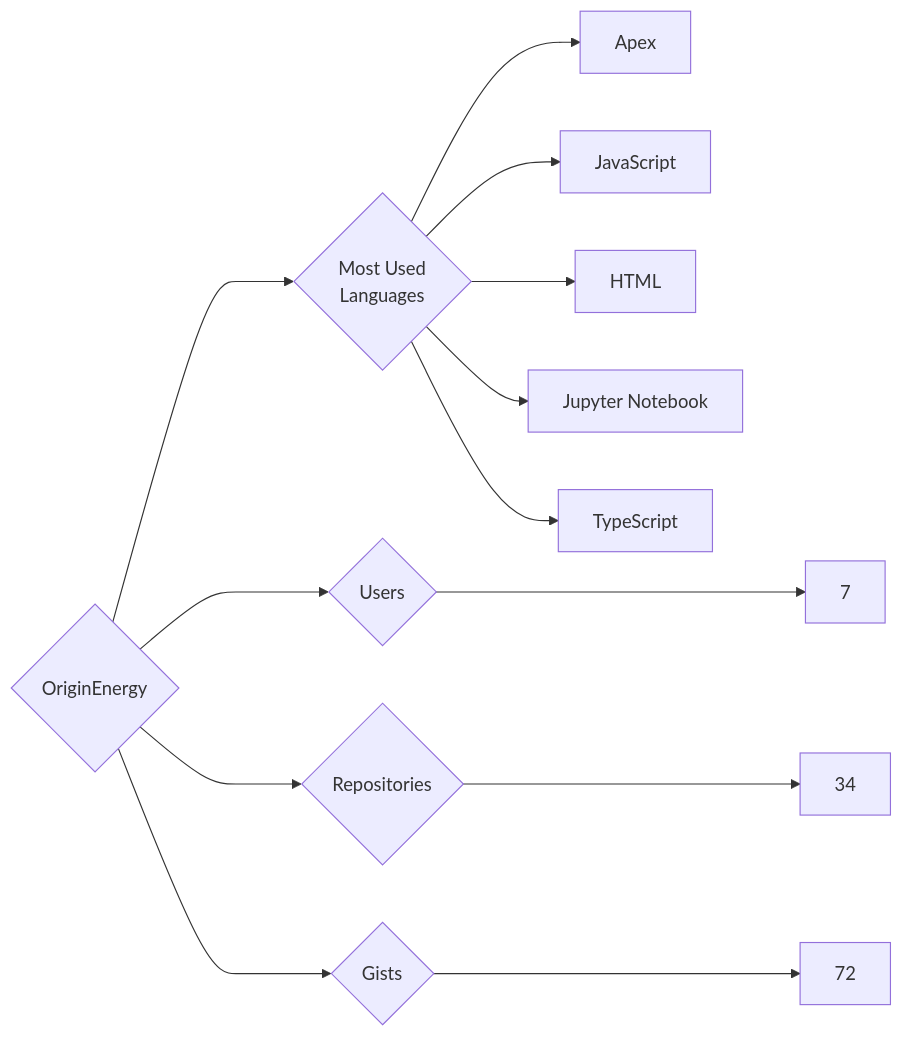
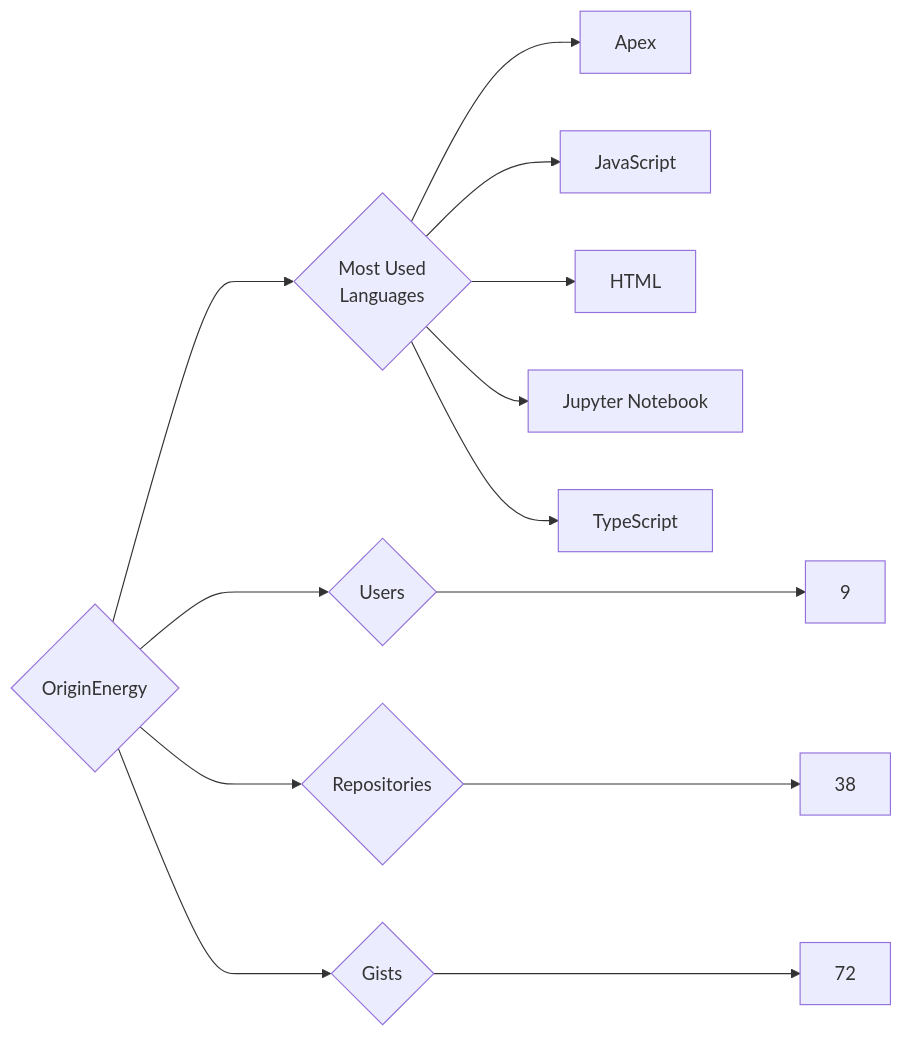
One commit to trickest/insiders changed the diagram in targets/OriginEnergy/README.md. Above: the diagram before and after it, drawn with Mermaid. The commit also changed 1508 other files, not shown here.

````diff
--- a/targets/OriginEnergy/README.md
+++ b/targets/OriginEnergy/README.md
@@ -3,13 +3,13 @@
 ```mermaid
 graph LR
 COMPANY_NAME{OriginEnergy}
-COMPANY_NAME ---> U{Users} ---> UN[7]
-COMPANY_NAME ---> R{Repositories} ---> RN[34]
+COMPANY_NAME ---> U{Users} ---> UN[9]
+COMPANY_NAME ---> R{Repositories} ---> RN[38]
 COMPANY_NAME ---> G{Gists} ---> GN[72]
 COMPANY_NAME ---> ML{Most Used<br>Languages}
 ML --> Apex[Apex]
 ML --> JavaScript[JavaScript]
 ML --> HTML[HTML]
 ML --> Jupyter_Notebook[Jupyter Notebook]
 ML --> TypeScript[TypeScript]
 ```
````
